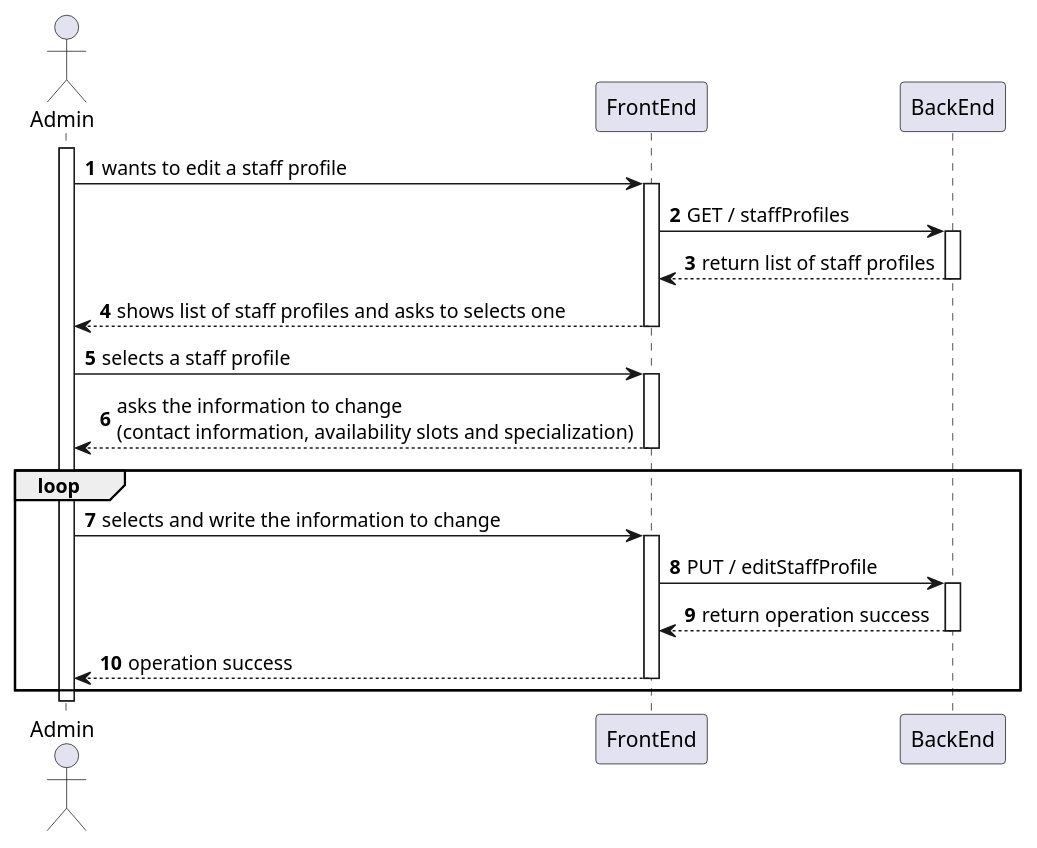
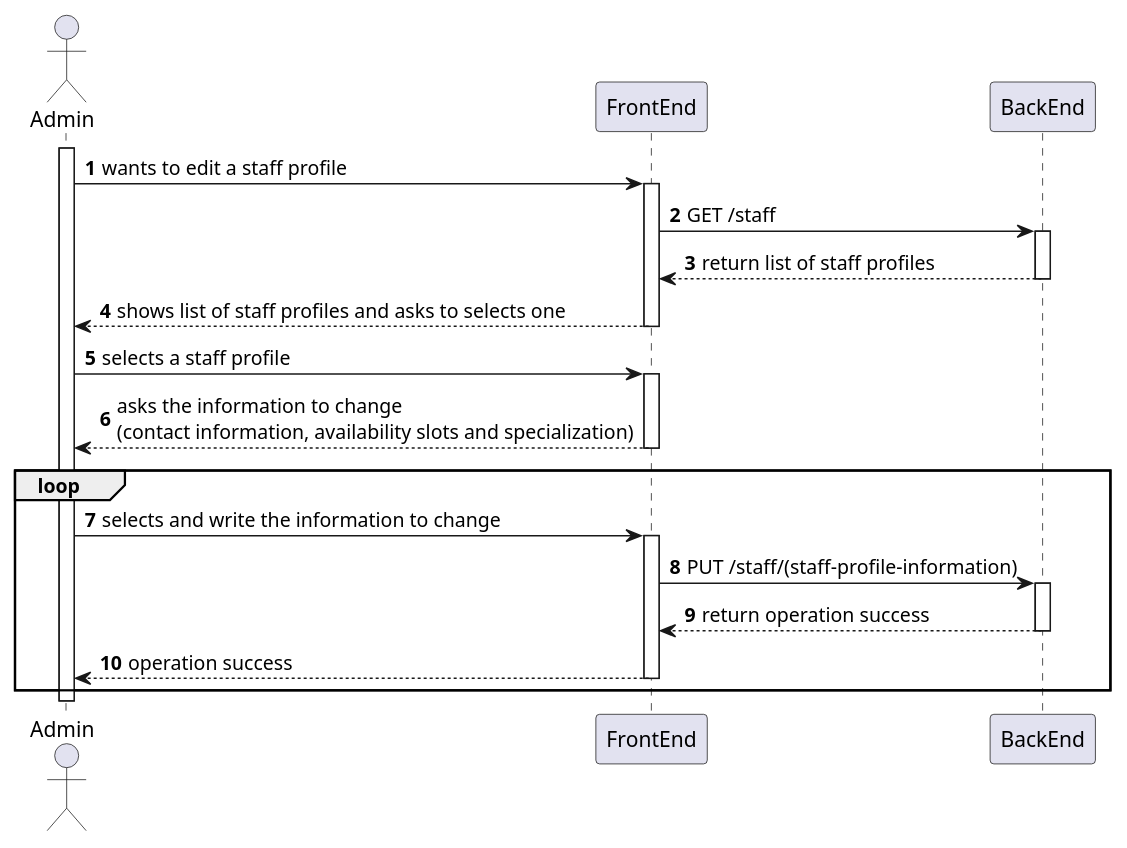
The diagram in docs/SprintA/26-search-staff-profiles/level2/process-view.puml (MiguelCardoso77/SurgicalSync-BackEnd), drawn with PlantUML before and after one commit. The commit also changed 10 other files, not shown here.

```diff
--- a/docs/SprintA/26-search-staff-profiles/level2/process-view.puml
+++ b/docs/SprintA/26-search-staff-profiles/level2/process-view.puml
@@ -1,44 +1,44 @@
 @startuml
 autonumber
 
 actor "Admin" as USER
 
 participant "FrontEnd" as FE
 participant "BackEnd" as BE
 
 activate USER
 
     USER -> FE : wants to edit a staff profile 
     activate FE
     
-    FE -> BE : GET / staffProfiles
+    FE -> BE : GET /staff
     activate BE
     
     BE --> FE : return list of staff profiles 
     deactivate BE
     
     FE --> USER : shows list of staff profiles and asks to selects one
     deactivate FE
 
     USER -> FE : selects a staff profile 
     activate FE
     
     FE --> USER : asks the information to change  \n(contact information, availability slots and specialization)
     deactivate FE
     
     loop  
     USER -> FE : selects and write the information to change
     activate FE
     
-    FE -> BE : PUT / editStaffProfile
+    FE -> BE : PUT /staff/(staff-profile-information) 
     activate BE
     
     BE --> FE : return operation success
     deactivate BE
     
     FE --> USER: operation success
     deactivate FE
     end 
 deactivate USER
 
 @enduml
```
